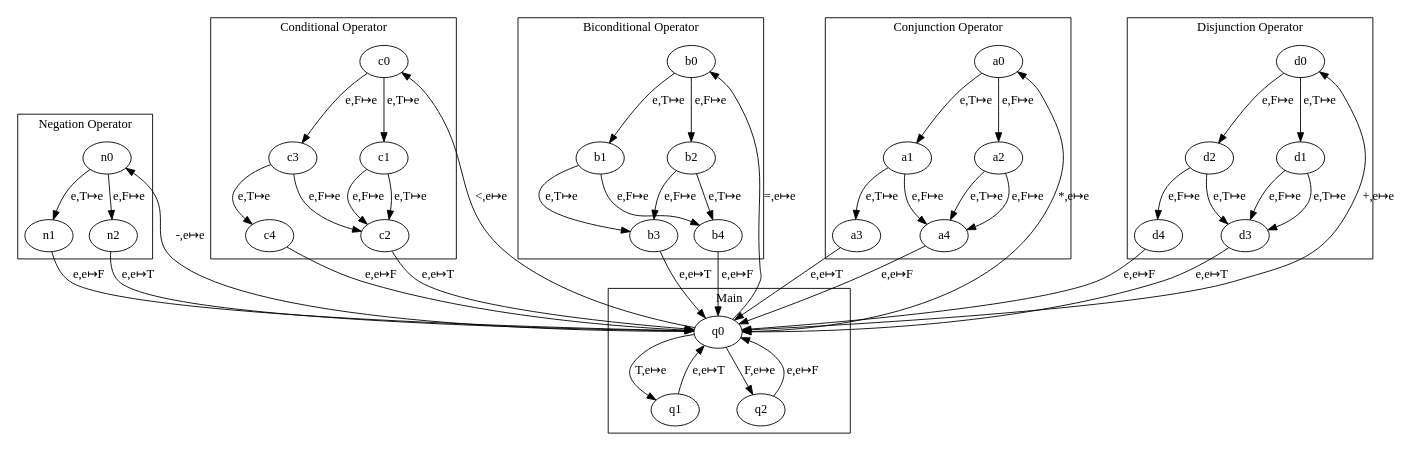
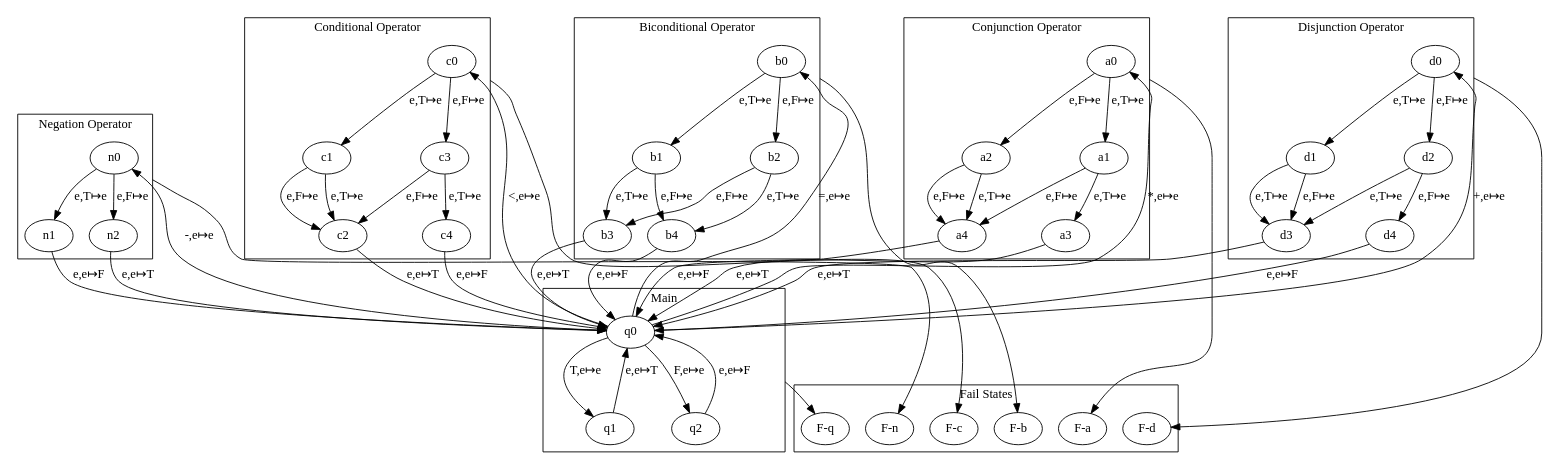
One commit to gambee/fli changed the diagram in sandbox/calculator_algorithms/spec/pdt.dot. Above: the diagram before and after it, drawn with Graphviz. The commit also changed 4 other files, not shown here.

Commit message:
Added/fixed features in dot graph of pda implemented the various 'state-transition' functions in slee.h added popall to fli_stack

```diff
--- a/sandbox/calculator_algorithms/spec/pdt.dot
+++ b/sandbox/calculator_algorithms/spec/pdt.dot
@@ -1,150 +1,177 @@
 /* pdt.dot
  * This file contains a (graph) description of a Finite State Pushdown
  * Transducer that takes as its input string sentential logic expressions
  * (without variables) in reverse polish notation and computes the result
  * of its evalutation.
  *
  * NOTE: At this time this graph is an incomplete representation of such an
  * 		 automataon. Not every state has transition declared for every possible
  *		 input. Also, no 'output' actions are specified for this graph. Such 
  *		 error-handling and clerical sorts of tasks were omitted to reduce 
  *		 clutter and prevent the readers of this graph from being distracted
  *		 from the more significant semantics of its spefification.
  */
 
 digraph pdt{
+	compound=true; nodsep=1.0;
 
 	subgraph cluster_main{
 
 		label="Main";
 		//push all logical values
 		q0->q1[label="T,e&#8614;e"];
 		q1->q0[label="e,e&#8614;T"];
 
 		q0->q2[label="F,e&#8614;e"];
 		q2->q0[label="e,e&#8614;F"];
 	}
 
 	subgraph cluster_negation{
 		label="Negation Operator";
 		/*	This subgraph cluster_is reached when the negation unary operator 
 			is the next input symbol, and works as a sort of subroutine
 			that manipulates the stack to apply that operation to the last
 			boolean value pushed onto the stack */
 
 		//enter the subroutine on input of '~'
 		q0->n0[label="-,e&#8614;e"];
 
 		//path 1: reverse the value of 'T'
 		n0->n1[label="e,T&#8614;e"];
 		n1->q0[label="e,e&#8614;F"];
 
 		//path 2: reverse the value of 'F'
 		n0->n2[label="e,F&#8614;e"];
 		n2->q0[label="e,e&#8614;T"];
 	}
 
 	subgraph cluster_conditional{
 		label="Conditional Operator";
 		/*	When the conditional operator is the next input symbol, this
 			subgraph cluster_calculates the result of the conditional expression
 			between the top-most pair of elements on the stack, and replaces
 			them with the result. */
 
 		//enter the subroutine on input of '->'
 		q0->c0[label="<,e&#8614;e"];
 
 		/*	branch 1: pop 'T'	*/
 		c0->c1[label="e,T&#8614;e"];
 		c1->c2[label="e,T&#8614;e"];//c2 will push 'T' and return to the parent machine
 		c1->c2[label="e,F&#8614;e"];//note: the '->' evaluates to 'F' only in the case 'T->F'
 
 		/*	branch 2: pop 'F'	*/
 		c0->c3[label="e,F&#8614;e"];
 
 			//sub-branch 1: pop 'T'
 			c3->c4[label="e,T&#8614;e"];//the only false result of a '->' expression
 
 			//sub-branch 2: pop 'F'
 			c3->c2[label="e,F&#8614;e"];//'F->F' evaulates to T, so go to c2
 
 		//the exit states (each pushing a different result onto the stack):
 		c2->q0[label="e,e&#8614;T"];
 		c4->q0[label="e,e&#8614;F"];
 	}
 
 	subgraph cluster_biconditional{
 		label = "Biconditional Operator";
 		/*	When the biconditional operator is the next input symbol, this
 			subgraph cluster_calculates the result of the biconditional expression
 			between the top-most pair of elements on the stack, and replaces
 			them with the result. */
 
 			//enter subroutine on input '<->'
 			q0->b0[label="=,e&#8614;e"];
 
 			//sub-branch 1: pop 'T'
 			b0->b1[label="e,T&#8614;e"];//pop 'T'
 			b1->b3[label="e,T&#8614;e"];//b3 will push 'T' as the result of evalutation
 			b1->b4[label="e,F&#8614;e"];//b4 will push 'F' as the result of evalutation
 
 			//sub-branch 2: pop 'F'
 			b0->b2[label="e,F&#8614;e"];//pop 'F'
 			b2->b3[label="e,F&#8614;e"];
 			b2->b4[label="e,T&#8614;e"];
 
 			//exit states of subroutine (pushes result):
 			b3->q0[label="e,e&#8614;T"];
 			b4->q0[label="e,e&#8614;F"];
 	}
 
 	subgraph cluster_conjunction{
 		label="Conjunction Operator";
 		/*	When the conjunction operator is the next input symbol, this
 			subgraph cluster_calculates the result of the conjunction expression
 			between the top-most pair of elements on the stack, and replaces
 			them with the result. */
 
 			//enter subroutine  on input '^'
 			q0->a0[label="*,e&#8614;e"];
 
 			//sub-branch 1: 
 			a0->a1[label="e,T&#8614;e"]; //pop 'T'
 			a1->a3[label="e,T&#8614;e"];
 			a1->a4[label="e,F&#8614;e"];
 			
 			//sub-branch 2:
 			a0->a2[label="e,F&#8614;e"]; //pop 'F'
 			a2->a4[label="e,T&#8614;e"];
 			a2->a4[label="e,F&#8614;e"];
 
 			//exit states of subroutine 
 			a4->q0[label="e,e&#8614;F"];
 			a3->q0[label="e,e&#8614;T"];
 	}
 	
 	subgraph cluster_disjunction{
 		label="Disjunction Operator";
 		/*	When the disjunction operator is the next input symbol, this
 			subgraph cluster_calculates the result of the disjunction expression
 			between the top-most pair of elements on the stack, and replaces
 			them with the result. */
 
 			//enter subroutine on 'v'
 			q0->d0[label="+,e&#8614;e"];
 
 			//sub-branch 1:
 			d0->d1[label="e,T&#8614;e"];//pop 'T'
 			d1->d3[label="e,T&#8614;e"];
 			d1->d3[label="e,F&#8614;e"];
 			
 			//sub-branch 2:
 			d0->d2[label="e,F&#8614;e"];//pop 'F'
 			d2->d3[label="e,T&#8614;e"];
 			d2->d4[label="e,F&#8614;e"];//only false result
 
 			//exit states:
 			d3->q0[label="e,e&#8614;T"];
 			d4->q0[label="e,e&#8614;F"];
 	}
+
+	subgraph cluster_fail{
+		label="Fail States";
+		/*	These are the 'sink' states that the pda falls into when any of the
+		 *	sub-autmata routines recieve invalid input or their actions fail
+		 *	for some reason (i.e. they transition to a fail state that
+		 *	indicates which sub_automata state group the pda was in when it
+		 *	reached a fail state).
+		 *
+		 */
+
+		Fq [label="F-q"]
+		Fn [label="F-n"]
+		Fc [label="F-c"]
+		Fb [label="F-b"]
+		Fa [label="F-a"]
+		Fd [label="F-d"]
+
+		q0->Fq[ltail=cluster_main];
+		n0->Fn[ltail=cluster_negation];
+		c0->Fc[ltail=cluster_conditional];
+		b0->Fb[ltail=cluster_biconditional];
+		a0->Fa[ltail=cluster_conjunction];
+		d0->Fd[ltail=cluster_disjunction];
+	}
+		 
 }
```
